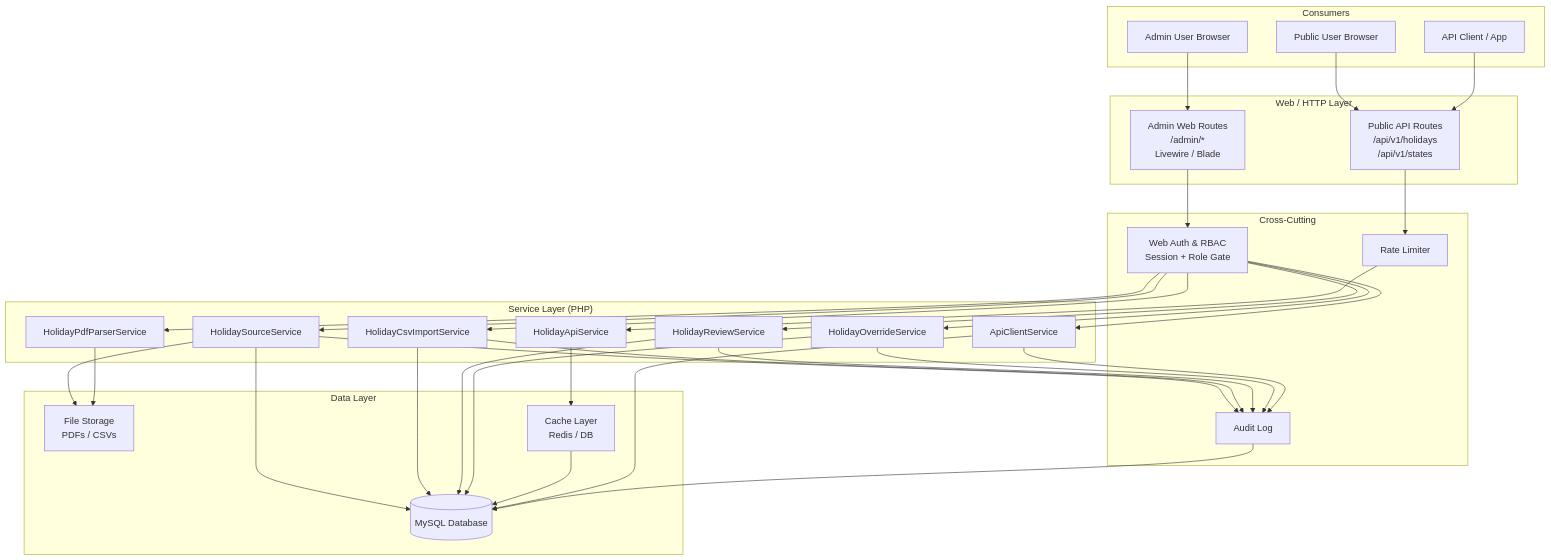
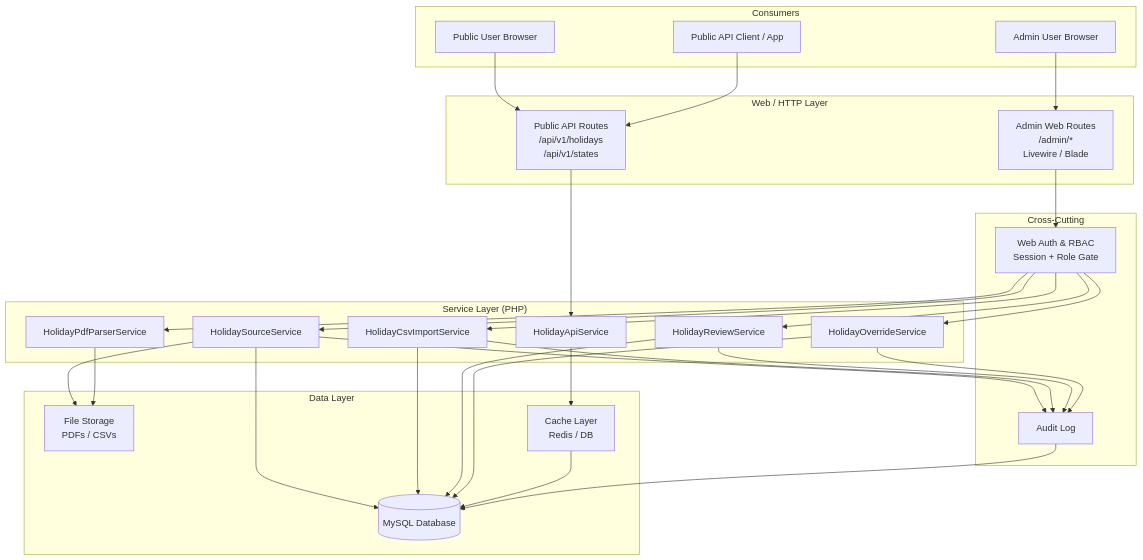
One commit to DyDxdYdX/malaysia-holiday-api changed the first of 4 diagrams in docs/01-system-architecture.md. Above: the diagram before and after it, drawn with Mermaid. The commit also changed other lines of this file and 27 other files, not shown here.

Commit message:
refactor: remove API client management and related features

````diff
--- a/docs/01-system-architecture.md
+++ b/docs/01-system-architecture.md
@@ -11,67 +11,61 @@
 ```mermaid
 graph TB
     subgraph Consumers["Consumers"]
-        AC[API Client / App]
+        AC[Public API Client / App]
         PU[Public User Browser]
         AD[Admin User Browser]
     end
 
     subgraph WebLayer["Web / HTTP Layer"]
         PUB[Public API Routes<br/>/api/v1/holidays<br/>/api/v1/states]
         WEB[Admin Web Routes<br/>/admin/*<br/>Livewire / Blade]
     end
 
     subgraph ServiceLayer["Service Layer (PHP)"]
         HSS[HolidaySourceService]
         IMP[HolidayCsvImportService]
         PDF[HolidayPdfParserService]
         REV[HolidayReviewService]
         OVR[HolidayOverrideService]
         API[HolidayApiService]
-        ACS[ApiClientService]
     end
 
     subgraph DataLayer["Data Layer"]
         DB[(MySQL Database)]
         FS[File Storage<br/>PDFs / CSVs]
         CQ[Cache Layer<br/>Redis / DB]
     end
 
     subgraph CrossCutting["Cross-Cutting"]
         AUTH[Web Auth & RBAC<br/>Session + Role Gate]
         AUD[Audit Log]
-        RL[Rate Limiter]
     end
 
     PU --> PUB
     AC --> PUB
     AD --> WEB
 
-    PUB --> RL
+    PUB --> API
     WEB --> AUTH
 
-    RL --> API
     AUTH --> HSS
     AUTH --> IMP
     AUTH --> PDF
     AUTH --> REV
     AUTH --> OVR
-    AUTH --> ACS
 
     HSS --> DB
     HSS --> FS
     IMP --> DB
     PDF --> FS
     REV --> DB
     OVR --> DB
     API --> CQ
     CQ --> DB
-    ACS --> DB
 
     HSS --> AUD
     IMP --> AUD
     REV --> AUD
     OVR --> AUD
-    ACS --> AUD
     AUD --> DB
 ```
````
